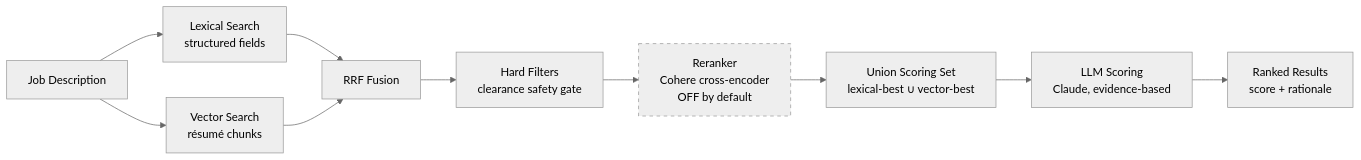
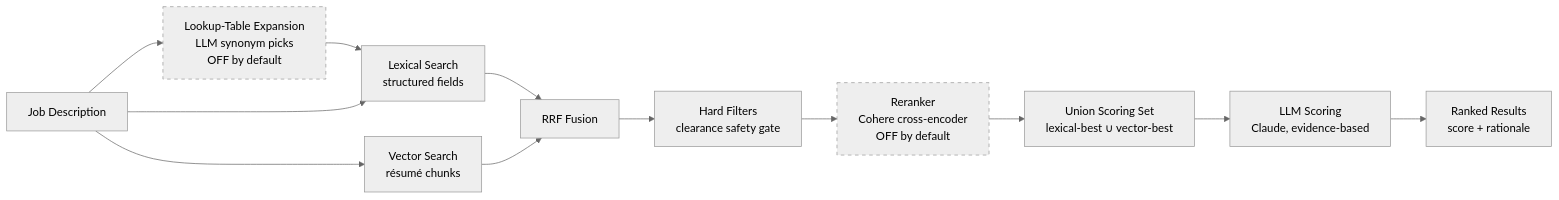
Before and after one commit to aimory-org/aimory-talent-pool: the diagram in docs/match.md, drawn with Mermaid (neutral theme). The commit also changed other lines of this file, not shown here.

First line of the commit message:
docs(match): surface lookup-table expansion in the §2 workflow overview

````diff
--- a/docs/match.md
+++ b/docs/match.md
@@ -37,13 +40,16 @@
 ```mermaid
 flowchart LR
-    JD[Job Description] --> LEX[Lexical Search<br/>structured fields]
+    JD[Job Description] --> EXPAND[Lookup-Table Expansion<br/>LLM synonym picks<br/>OFF by default]
+    EXPAND --> LEX[Lexical Search<br/>structured fields]
+    JD --> LEX
     JD --> VEC[Vector Search<br/>résumé chunks]
     LEX --> FUSE[RRF Fusion]
     VEC --> FUSE
     FUSE --> GATE[Hard Filters<br/>clearance safety gate]
     GATE --> RERANK[Reranker<br/>Cohere cross-encoder<br/>OFF by default]
     RERANK --> UNION[Union Scoring Set<br/>lexical-best ∪ vector-best]
     UNION --> SCORE[LLM Scoring<br/>Claude, evidence-based]
     SCORE --> OUT[Ranked Results<br/>score + rationale]
+    style EXPAND stroke-dasharray: 5 5
     style RERANK stroke-dasharray: 5 5
 ```
````
